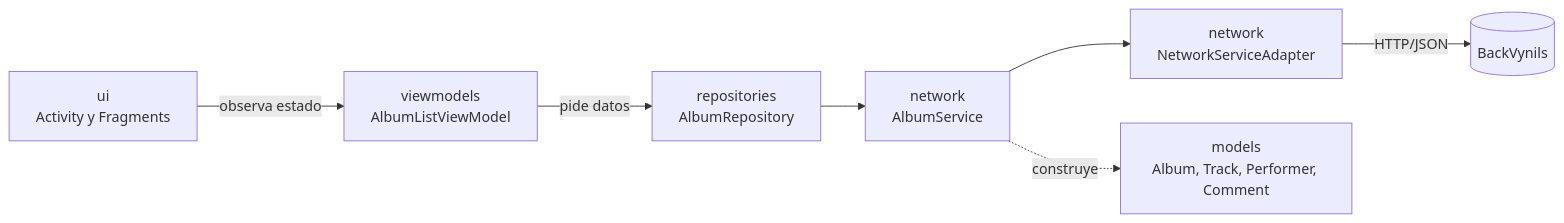
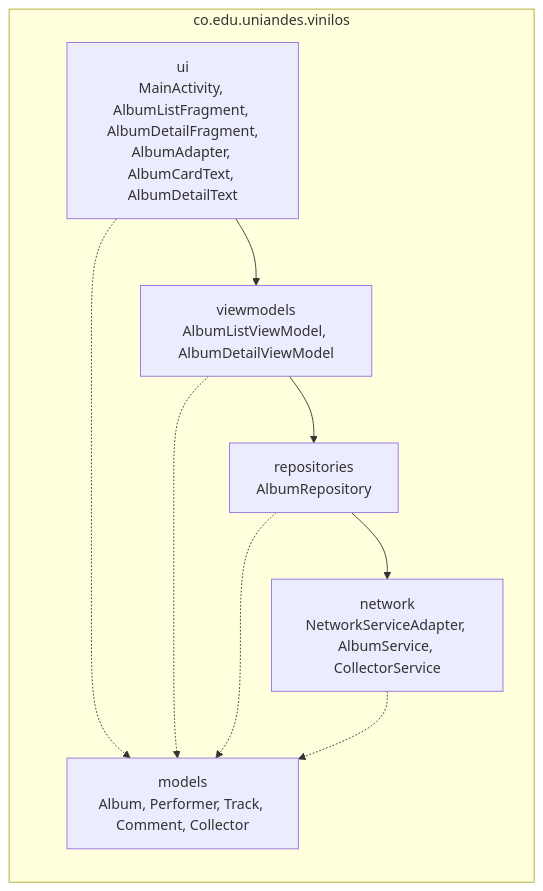
One commit to manuel-jose-marin/vinilos-mobile changed the first of 4 diagrams in docs/wiki/Diseno-arquitectonico-Sprint-1.md. Above: the diagram before and after it, drawn with Mermaid. The commit also changed other lines of this file, not shown here.

First line of the commit message:
docs: agrega diagramas de clases, paquetes y componentes del Sprint 1 (#93)

````diff
--- a/docs/wiki/Diseno-arquitectonico-Sprint-1.md
+++ b/docs/wiki/Diseno-arquitectonico-Sprint-1.md
@@ -21,9 +21,18 @@
 ```mermaid
-flowchart LR
-    UI["ui<br/>Activity y Fragments"] -- observa estado --> VM["viewmodels<br/>AlbumListViewModel"]
-    VM -- pide datos --> REPO["repositories<br/>AlbumRepository"]
-    REPO --> SVC["network<br/>AlbumService"]
-    SVC --> ADAPTER["network<br/>NetworkServiceAdapter"]
-    ADAPTER -- HTTP/JSON --> API[("BackVynils")]
-    SVC -. construye .-> MODEL["models<br/>Album, Track, Performer, Comment"]
+flowchart TB
+    subgraph app["co.edu.uniandes.vinilos"]
+        direction TB
+        UI["ui<br/>MainActivity, AlbumListFragment, AlbumDetailFragment,<br/>AlbumAdapter, AlbumCardText, AlbumDetailText"]
+        VM["viewmodels<br/>AlbumListViewModel, AlbumDetailViewModel"]
+        REPO["repositories<br/>AlbumRepository"]
+        NET["network<br/>NetworkServiceAdapter, AlbumService, CollectorService"]
+        MODEL["models<br/>Album, Performer, Track, Comment, Collector"]
+    end
+    UI --> VM
+    VM --> REPO
+    REPO --> NET
+    UI -.-> MODEL
+    VM -.-> MODEL
+    REPO -.-> MODEL
+    NET -.-> MODEL
 ```
````
